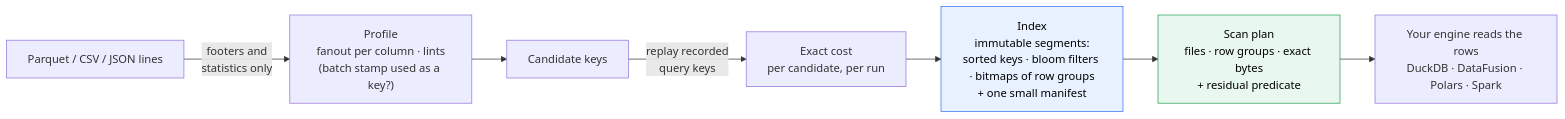
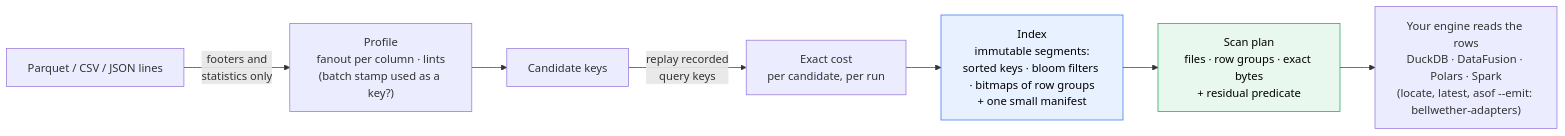
The third of 4 diagrams in docs/architecture.md (vncp/bellwether), drawn with Mermaid before and after one commit. The commit also changed other lines of this file and 13 other files, not shown here.

````diff
--- a/docs/architecture.md
+++ b/docs/architecture.md
@@ -101,11 +102,11 @@
 ```mermaid
 flowchart LR
     F["Parquet / CSV / JSON lines"] -->|"footers and<br/>statistics only"| P["Profile<br/>fanout per column · lints<br/>(batch stamp used as a key?)"]
     P --> C["Candidate keys"]
     C -->|"replay recorded<br/>query keys"| X["Exact cost<br/>per candidate, per run"]
     X --> K["Index<br/>immutable segments:<br/>sorted keys · bloom filters · bitmaps of row groups<br/>+ one small manifest"]
     K --> PL["Scan plan<br/>files · row groups · exact bytes<br/>+ residual predicate"]
-    PL --> ENG["Your engine reads the rows<br/>DuckDB · DataFusion · Polars · Spark"]
+    PL --> ENG["Your engine reads the rows<br/>DuckDB · DataFusion · Polars · Spark<br/>(locate, latest, asof --emit: bellwether-adapters)"]
     style K fill:#e8f1ff,stroke:#2f6fed,color:#000
     style PL fill:#e9f8ef,stroke:#1f9d55,color:#000
 ```
````
